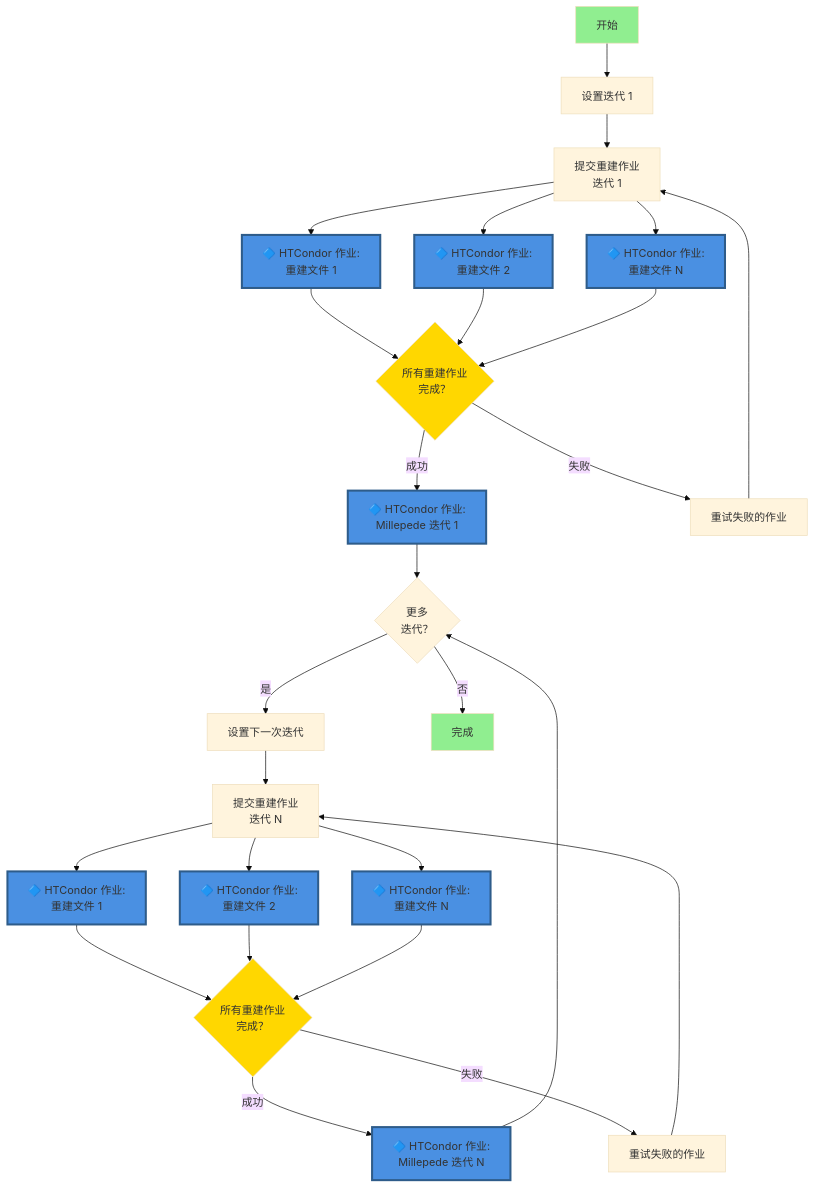
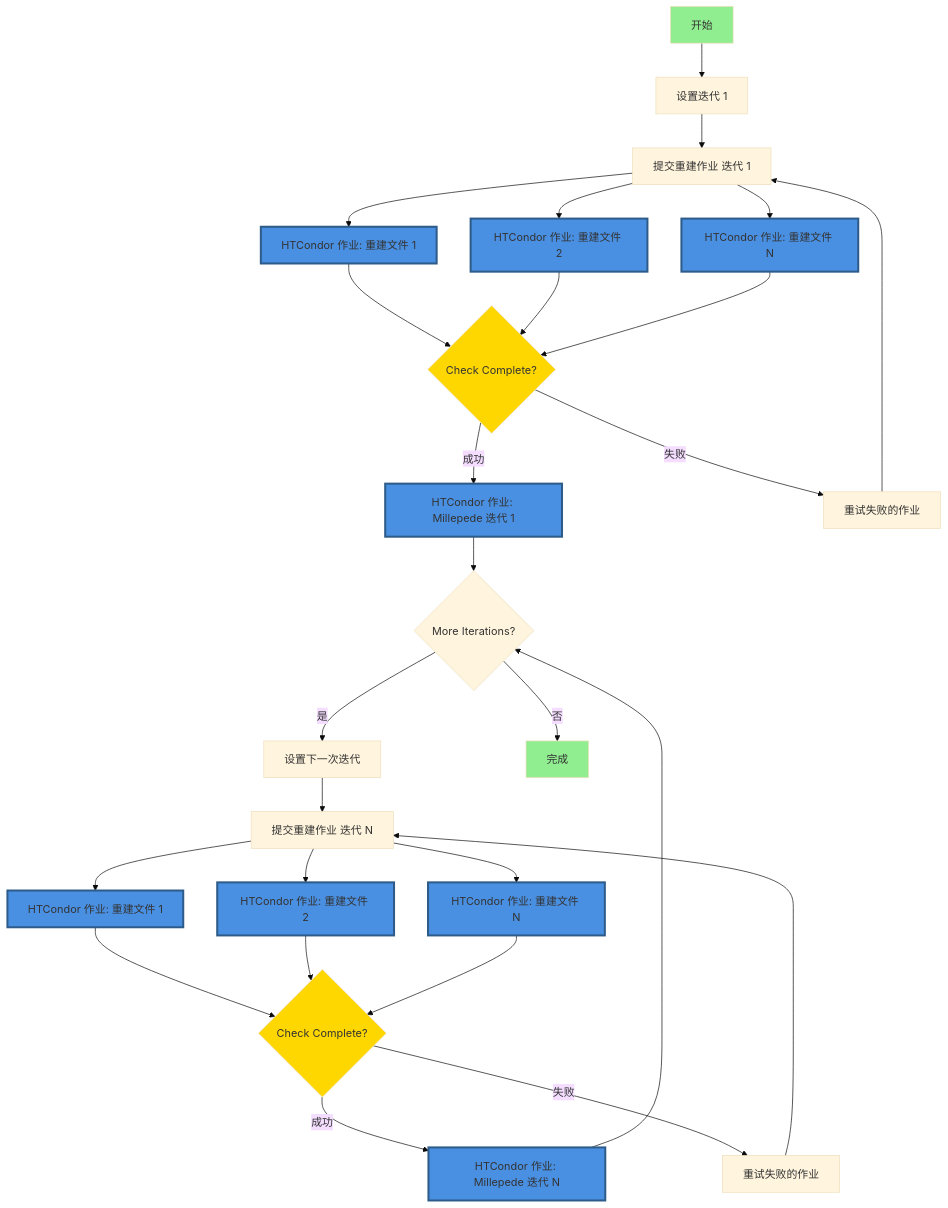
Before and after one commit to shunliang233/alignment: the first of 3 diagrams in README_cn.md, drawn with Mermaid (base theme). The commit also changed other lines of this file and 4 other files, not shown here.

Commit message:
Revert to original diagram, add sub-process diagrams, create Chinese docs, enhance validation

````diff
--- a/README_cn.md
+++ b/README_cn.md
@@ -176,41 +118,41 @@
 ```mermaid
 graph TD
     A[开始] --> B[设置迭代 1]
-    B --> C[提交重建作业<br/>迭代 1]
-    C --> C1["🔷 HTCondor 作业:<br/>重建文件 1"]
-    C --> C2["🔷 HTCondor 作业:<br/>重建文件 2"]
-    C --> C3["🔷 HTCondor 作业:<br/>重建文件 N"]
-    C1 --> D{所有重建作业<br/>完成？}
+    B --> C[提交重建作业 迭代 1]
+    C --> C1[HTCondor 作业: 重建文件 1]
+    C --> C2[HTCondor 作业: 重建文件 2]
+    C --> C3[HTCondor 作业: 重建文件 N]
+    C1 --> D{Check Complete?}
     C2 --> D
     C3 --> D
-    D -->|成功| E["🔷 HTCondor 作业:<br/>Millepede 迭代 1"]
+    D -->|成功| E[HTCondor 作业: Millepede 迭代 1]
     D -->|失败| F[重试失败的作业]
     F --> C
-    E --> G{更多<br/>迭代？}
+    E --> G{More Iterations?}
     G -->|是| H[设置下一次迭代]
-    H --> I[提交重建作业<br/>迭代 N]
-    I --> I1["🔷 HTCondor 作业:<br/>重建文件 1"]
-    I --> I2["🔷 HTCondor 作业:<br/>重建文件 2"]
-    I --> I3["🔷 HTCondor 作业:<br/>重建文件 N"]
-    I1 --> J{所有重建作业<br/>完成？}
+    H --> I[提交重建作业 迭代 N]
+    I --> I1[HTCondor 作业: 重建文件 1]
+    I --> I2[HTCondor 作业: 重建文件 2]
+    I --> I3[HTCondor 作业: 重建文件 N]
+    I1 --> J{Check Complete?}
     I2 --> J
     I3 --> J
-    J -->|成功| K["🔷 HTCondor 作业:<br/>Millepede 迭代 N"]
+    J -->|成功| K[HTCondor 作业: Millepede 迭代 N]
     J -->|失败| L[重试失败的作业]
     L --> I
     K --> G
     G -->|否| M[完成]
     
     style A fill:#90EE90
     style M fill:#90EE90
     style C1 fill:#4A90E2,stroke:#2E5C8A,stroke-width:3px
     style C2 fill:#4A90E2,stroke:#2E5C8A,stroke-width:3px
     style C3 fill:#4A90E2,stroke:#2E5C8A,stroke-width:3px
     style E fill:#4A90E2,stroke:#2E5C8A,stroke-width:3px
     style I1 fill:#4A90E2,stroke:#2E5C8A,stroke-width:3px
     style I2 fill:#4A90E2,stroke:#2E5C8A,stroke-width:3px
     style I3 fill:#4A90E2,stroke:#2E5C8A,stroke-width:3px
     style K fill:#4A90E2,stroke:#2E5C8A,stroke-width:3px
     style D fill:#FFD700
     style J fill:#FFD700
 ```
````
